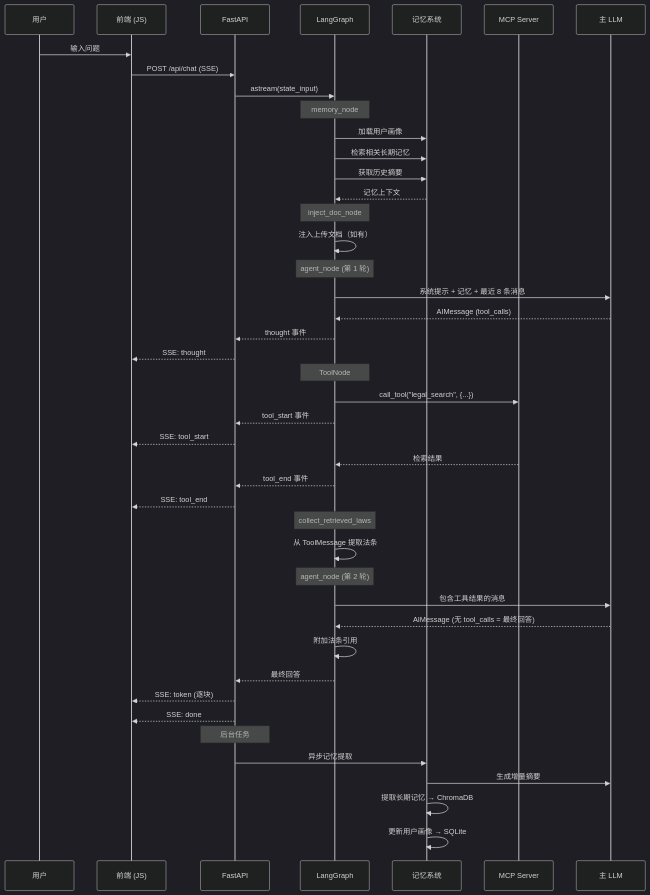
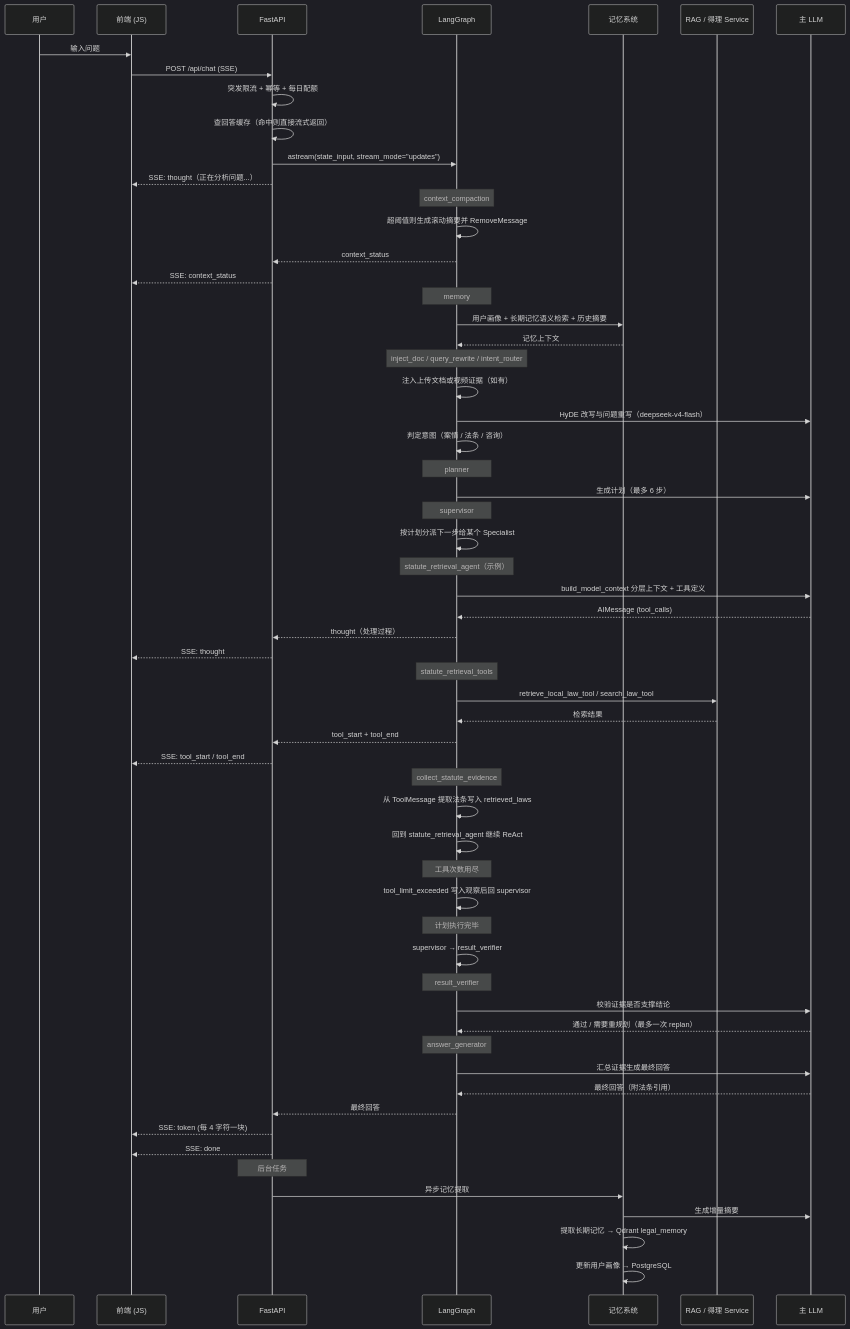
The diagram in docs/sequences/chat-flow.md (uuo00n/lexcore-legal-agent), drawn with Mermaid (dark theme) before and after one commit. The commit also changed other lines of this file and 28 other files, not shown here.

````diff
--- a/docs/sequences/chat-flow.md
+++ b/docs/sequences/chat-flow.md
@@ -5,55 +5,77 @@
 ```mermaid
 sequenceDiagram
     participant U as 用户
     participant FE as 前端 (JS)
     participant API as FastAPI
     participant LG as LangGraph
     participant MEM as 记忆系统
-    participant MCP as MCP Server
+    participant RAG as RAG / 得理 Service
     participant LLM as 主 LLM
 
     U->>FE: 输入问题
     FE->>API: POST /api/chat (SSE)
-    API->>LG: astream(state_input)
+    API->>API: 突发限流 + 幂等 + 每日配额
+    API->>API: 查回答缓存（命中则直接流式返回）
+    API->>LG: astream(state_input, stream_mode="updates")
+    API-->>FE: SSE: thought（正在分析问题...）
 
-    Note over LG: memory_node
-    LG->>MEM: 加载用户画像
-    LG->>MEM: 检索相关长期记忆
-    LG->>MEM: 获取历史摘要
+    Note over LG: context_compaction
+    LG->>LG: 超阈值则生成滚动摘要并 RemoveMessage
+    LG-->>API: context_status
+    API-->>FE: SSE: context_status
+
+    Note over LG: memory
+    LG->>MEM: 用户画像 + 长期记忆语义检索 + 历史摘要
     MEM-->>LG: 记忆上下文
 
-    Note over LG: inject_doc_node
-    LG->>LG: 注入上传文档（如有）
+    Note over LG: inject_doc / query_rewrite / intent_router
+    LG->>LG: 注入上传文档或视频证据（如有）
+    LG->>LLM: HyDE 改写与问题重写（deepseek-v4-flash）
+    LG->>LG: 判定意图（案情 / 法条 / 咨询）
 
-    Note over LG: agent_node (第 1 轮)
-    LG->>LLM: 系统提示 + 记忆 + 最近 8 条消息
+    Note over LG: planner
+    LG->>LLM: 生成计划（最多 6 步）
+
+    Note over LG: supervisor
+    LG->>LG: 按计划分派下一步给某个 Specialist
+
+    Note over LG: statute_retrieval_agent（示例）
+    LG->>LLM: build_model_context 分层上下文 + 工具定义
     LLM-->>LG: AIMessage (tool_calls)
-    LG-->>API: thought 事件
+    LG-->>API: thought（处理过程）
     API-->>FE: SSE: thought
 
-    Note over LG: ToolNode
-    LG->>MCP: call_tool("legal_search", {...})
-    LG-->>API: tool_start 事件
-    API-->>FE: SSE: tool_start
-    MCP-->>LG: 检索结果
-    LG-->>API: tool_end 事件
-    API-->>FE: SSE: tool_end
+    Note over LG: statute_retrieval_tools
+    LG->>RAG: retrieve_local_law_tool / search_law_tool
+    RAG-->>LG: 检索结果
+    LG-->>API: tool_start + tool_end
+    API-->>FE: SSE: tool_start / tool_end
 
-    Note over LG: collect_retrieved_laws
-    LG->>LG: 从 ToolMessage 提取法条
+    Note over LG: collect_statute_evidence
+    LG->>LG: 从 ToolMessage 提取法条写入 retrieved_laws
+    LG->>LG: 回到 statute_retrieval_agent 继续 ReAct
 
-    Note over LG: agent_node (第 2 轮)
-    LG->>LLM: 包含工具结果的消息
-    LLM-->>LG: AIMessage (无 tool_calls = 最终回答)
-    LG->>LG: 附加法条引用
+    Note over LG: 工具次数用尽
+    LG->>LG: tool_limit_exceeded 写入观察后回 supervisor
+
+    Note over LG: 计划执行完毕
+    LG->>LG: supervisor → result_verifier
+
+    Note over LG: result_verifier
+    LG->>LLM: 校验证据是否支撑结论
+    LLM-->>LG: 通过 / 需要重规划（最多一次 replan）
+
+    Note over LG: answer_generator
+    LG->>LLM: 汇总证据生成最终回答
+    LLM-->>LG: 最终回答（附法条引用）
 
     LG-->>API: 最终回答
-    API-->>FE: SSE: token (逐块)
+    API-->>FE: SSE: token (每 4 字符一块)
     API-->>FE: SSE: done
 
     Note over API: 后台任务
     API->>MEM: 异步记忆提取
     MEM->>LLM: 生成增量摘要
-    MEM->>MEM: 提取长期记忆 → ChromaDB
-    MEM->>MEM: 更新用户画像 → SQLite
+    MEM->>MEM: 提取长期记忆 → Qdrant legal_memory
+    MEM->>MEM: 更新用户画像 → PostgreSQL
 ```
````
